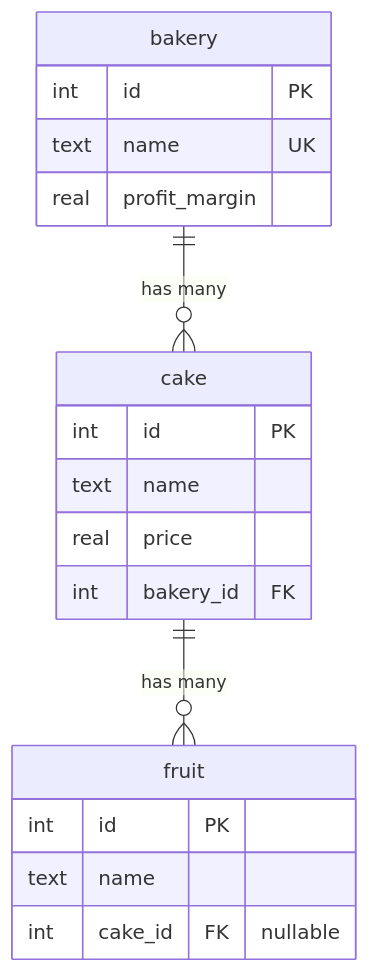
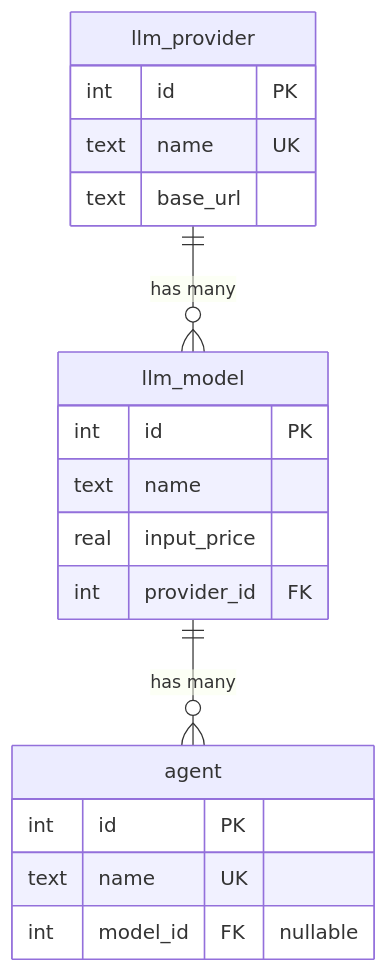
One commit to aartintelligent/turso-orm changed the diagram in docs/guide/relations.md. Above: the diagram before and after it, drawn with Mermaid. The commit also changed other lines of this file and 87 other files, not shown here.

First line of the commit message:
refactor(examples): share one agent runtime schema across the examples and the guide

````diff
--- a/docs/guide/relations.md
+++ b/docs/guide/relations.md
@@ -17,21 +20,21 @@
 ```mermaid
 erDiagram
-    bakery ||--o{ cake : "has many"
-    cake ||--o{ fruit : "has many"
-    bakery {
+    llm_provider ||--o{ llm_model : "has many"
+    llm_model ||--o{ agent : "has many"
+    llm_provider {
         int id PK
         text name UK
-        real profit_margin
+        text base_url
     }
-    cake {
+    llm_model {
         int id PK
         text name
-        real price
-        int bakery_id FK
+        real input_price
+        int provider_id FK
     }
-    fruit {
+    agent {
         int id PK
-        text name
-        int cake_id FK "nullable"
+        text name UK
+        int model_id FK "nullable"
     }
 ```
````
